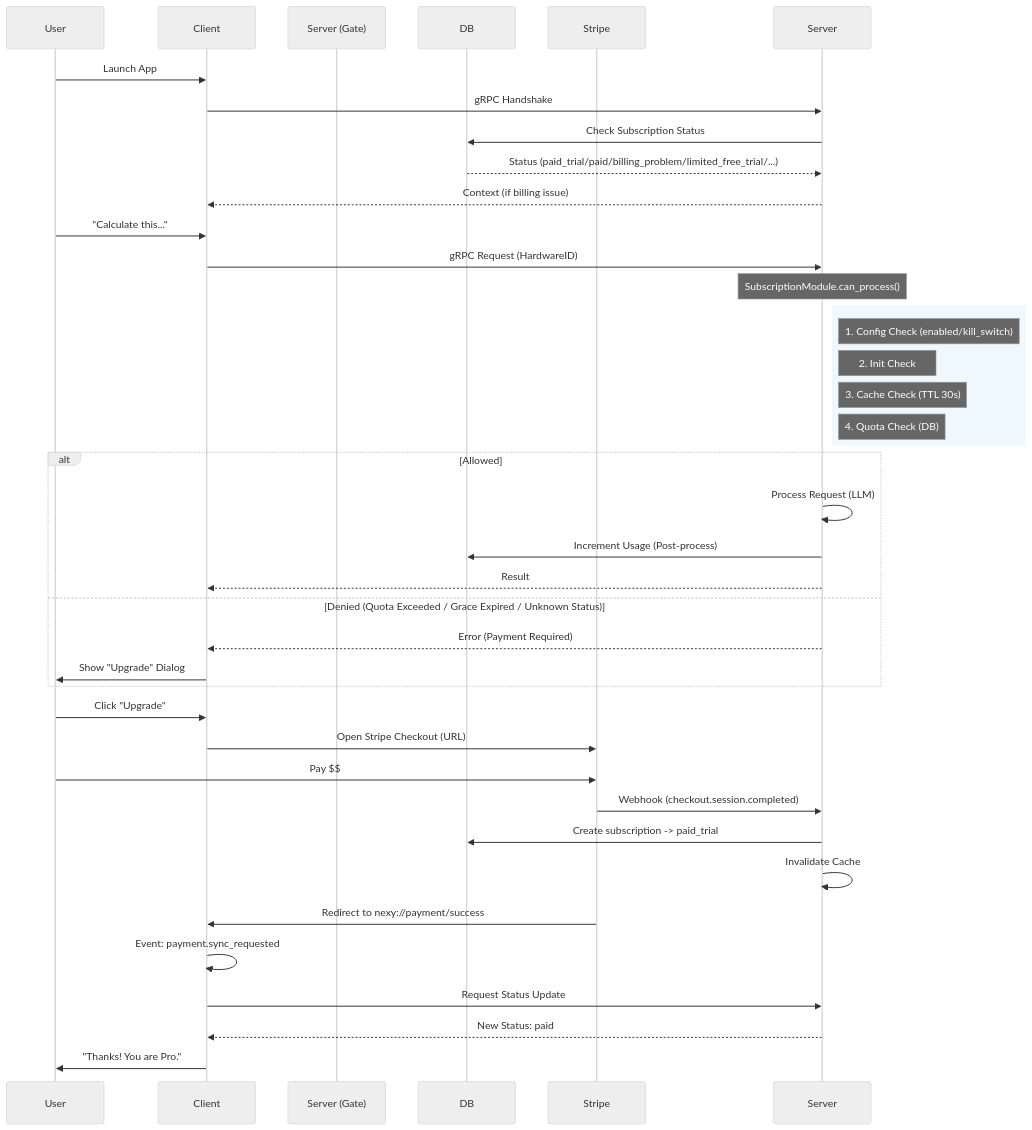
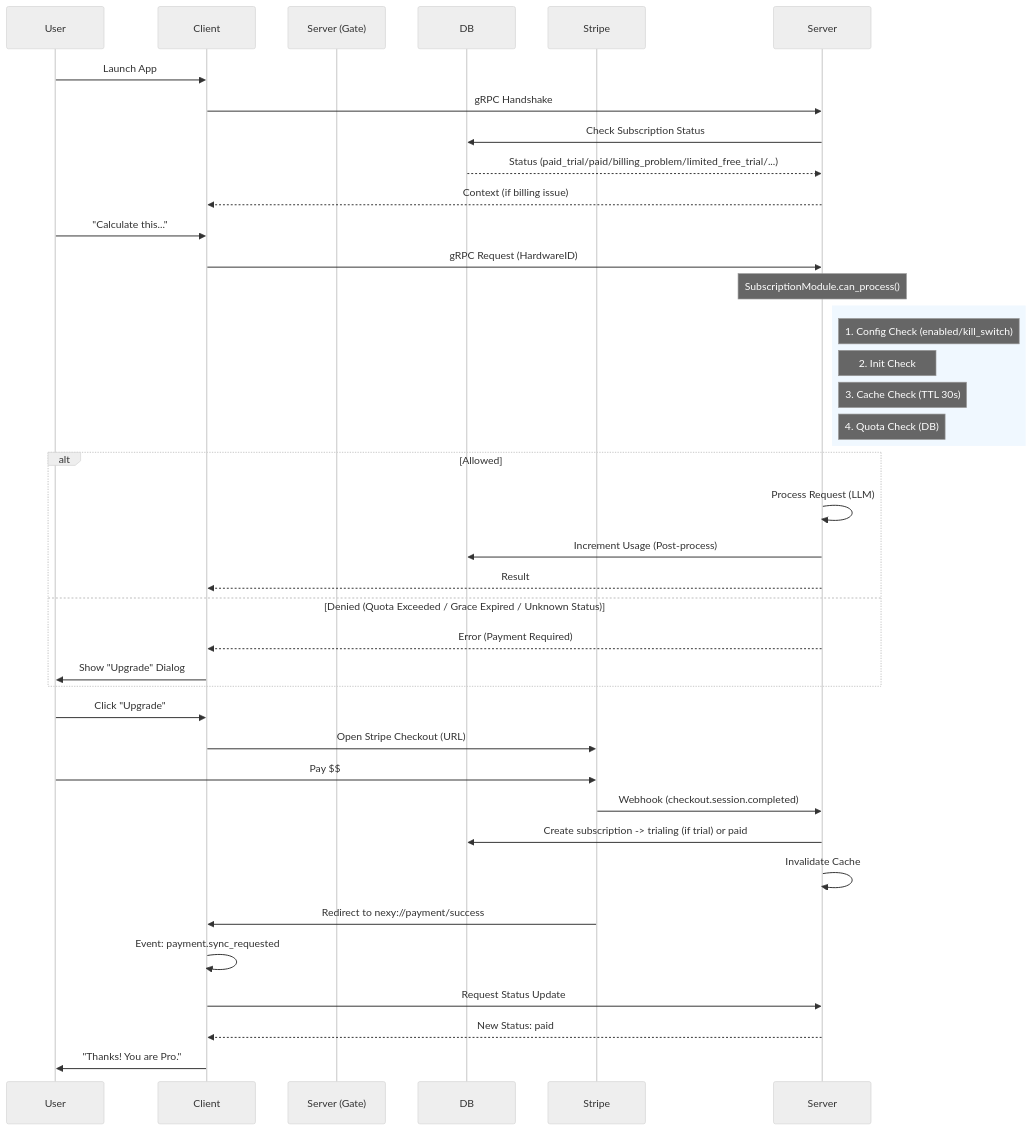
Before and after one commit to Seregawpn/Nexy_server: the first of 4 diagrams in Docs/PAYMENT_FLOW_EXPLAINED.md, drawn with Mermaid (neutral theme). The commit also changed other lines of this file and 10 other files, not shown here.

````diff
--- a/Docs/PAYMENT_FLOW_EXPLAINED.md
+++ b/Docs/PAYMENT_FLOW_EXPLAINED.md
@@ -16,51 +16,51 @@
 ```mermaid
 sequenceDiagram
     participant User
     participant Client
     participant Server (Gate)
     participant DB
     participant Stripe
 
     %% Startup Check
     User->>Client: Launch App
     Client->>Server: gRPC Handshake
     Server->>DB: Check Subscription Status
     DB-->>Server: Status (paid_trial/paid/billing_problem/limited_free_trial/...)
     Server-->>Client: Context (if billing issue)
 
     %% Request Processing (The Gate)
     User->>Client: "Calculate this..."
     Client->>Server: gRPC Request (HardwareID)
     Note over Server: SubscriptionModule.can_process()
     
     rect rgb(240, 248, 255)
     Note right of Server: 1. Config Check (enabled/kill_switch)
     Note right of Server: 2. Init Check
     Note right of Server: 3. Cache Check (TTL 30s)
     Note right of Server: 4. Quota Check (DB) 
     end
     
     alt Allowed
         Server->>Server: Process Request (LLM)
         Server->>DB: Increment Usage (Post-process)
         Server-->>Client: Result
     else Denied (Quota Exceeded / Grace Expired / Unknown Status)
         Server-->>Client: Error (Payment Required)
         Client->>User: Show "Upgrade" Dialog
     end
 
     %% Payment Flow
     User->>Client: Click "Upgrade"
     Client->>Stripe: Open Stripe Checkout (URL)
     User->>Stripe: Pay $$
     Stripe->>Server: Webhook (checkout.session.completed)
-    Server->>DB: Create subscription -> paid_trial
+    Server->>DB: Create subscription -> trialing (if trial) or paid
     Server->>Server: Invalidate Cache
     
     %% Sync Back
     Stripe->>Client: Redirect to nexy://payment/success
     Client->>Client: Event: payment.sync_requested
     Client->>Server: Request Status Update
     Server-->>Client: New Status: paid
     Client->>User: "Thanks! You are Pro."
 ```
````
